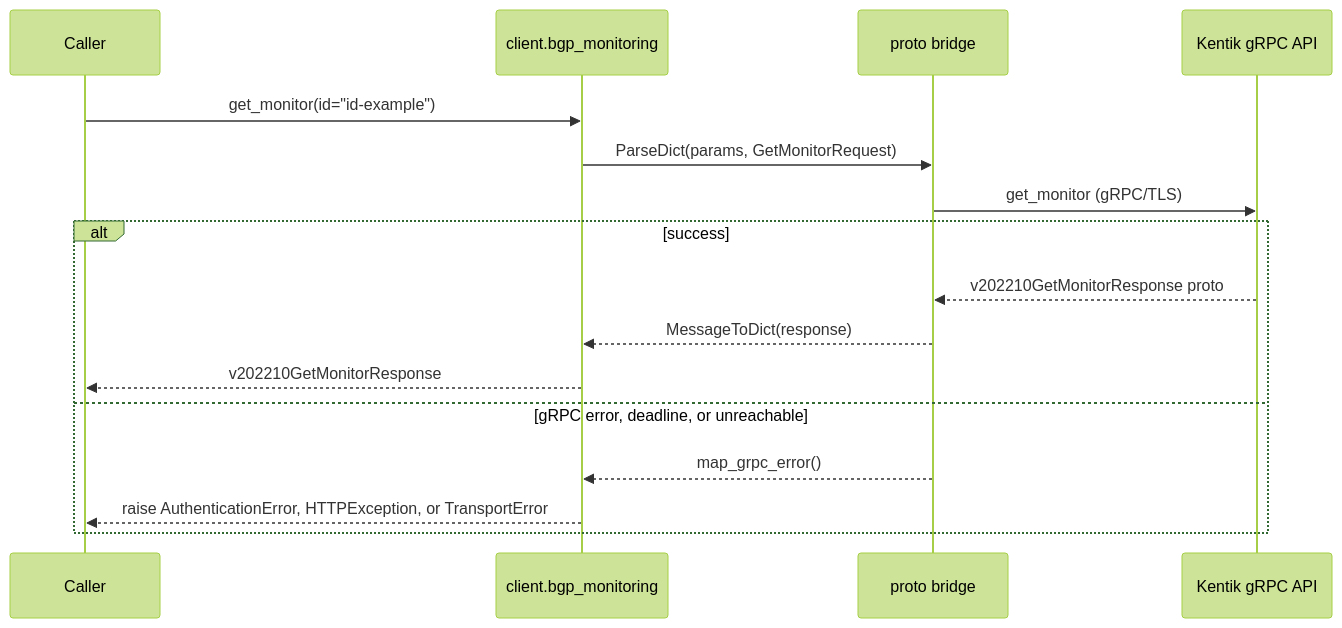
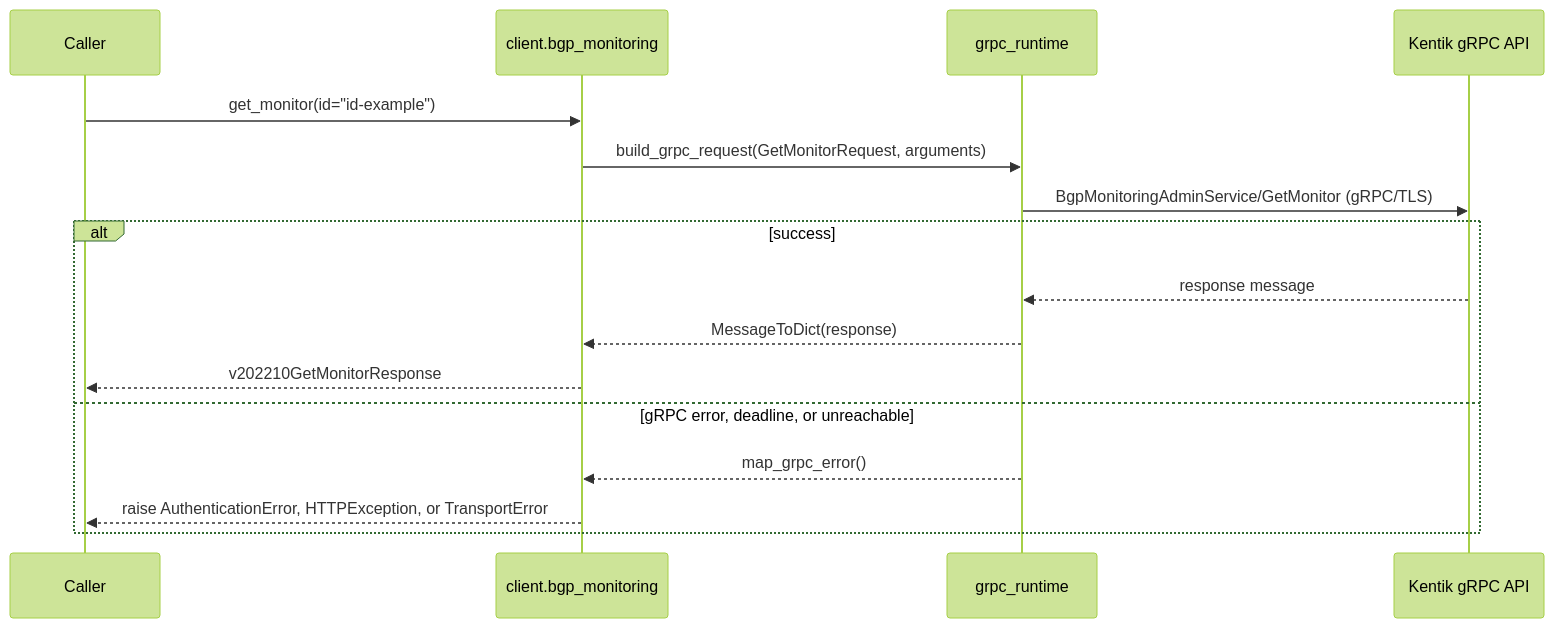
One commit to alexdearaujo/community_sdk_python changed diagram 11 of 18 in docs/sphinx/services/bgp_monitoring.md. Above: the diagram before and after it, drawn with Mermaid (forest theme). The commit also changed other lines of this file and 37 other files, not shown here.

First line of the commit message:
docs: show the real RPC in each service page's gRPC diagram

````diff
--- a/docs/sphinx/services/bgp_monitoring.md
+++ b/docs/sphinx/services/bgp_monitoring.md
@@ -357,19 +357,19 @@
 ```mermaid
 sequenceDiagram
     participant C as Caller
     participant W as client.bgp_monitoring
-    participant B as proto bridge
+    participant R as grpc_runtime
     participant API as Kentik gRPC API
 
     C->>W: get_monitor(id="id-example")
-    W->>B: ParseDict(params, GetMonitorRequest)
-    B->>API: get_monitor (gRPC/TLS)
+    W->>R: build_grpc_request(GetMonitorRequest, arguments)
+    R->>API: BgpMonitoringAdminService/GetMonitor (gRPC/TLS)
     alt success
-        API-->>B: v202210GetMonitorResponse proto
-        B-->>W: MessageToDict(response)
+        API-->>R: response message
+        R-->>W: MessageToDict(response)
         W-->>C: v202210GetMonitorResponse
     else gRPC error, deadline, or unreachable
-        B-->>W: map_grpc_error()
+        R-->>W: map_grpc_error()
         W-->>C: raise AuthenticationError, HTTPException, or TransportError
     end
 ```
````
